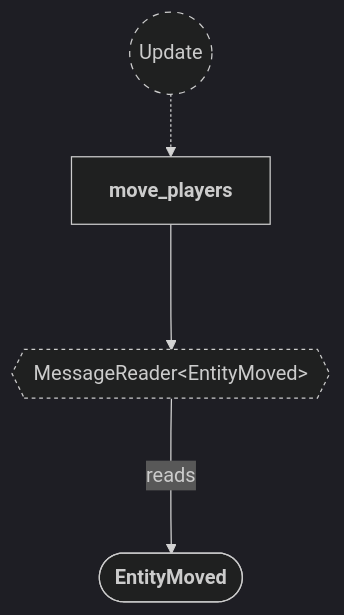
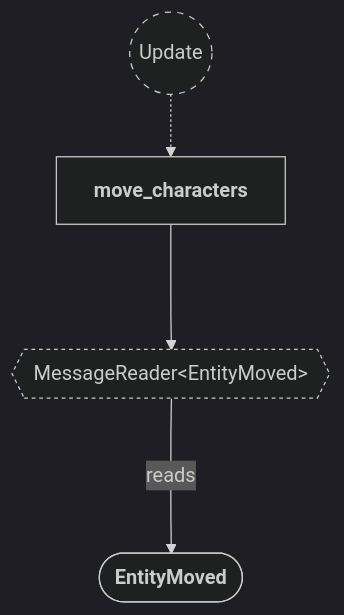
Before and after one commit to neurosoup/tyled: the first of 3 diagrams in backlog/docs/doc-4 - 003-Movements-plugin.md, drawn with Mermaid. The commit also changed other lines of this file and 7 other files, not shown here.

````diff
--- a/backlog/docs/doc-4 - 003-Movements-plugin.md
+++ b/backlog/docs/doc-4 - 003-Movements-plugin.md
@@ -36,22 +36,22 @@
 ```mermaid
 ---
 config:
   theme: dark
 ---
 
 flowchart TD
 classDef system-group stroke-dasharray: 5 5
 classDef reader stroke-dasharray: 3 3
 
 update(("`Update`")):::system-group
-move_players["`**move_players**`"]
+move_characters["`**move_characters**`"]
 
-update -.-> move_players
+update -.-> move_characters
 
 message_reader{{"MessageReader#60;EntityMoved#62;"}}:::reader
-move_players ---> message_reader
+move_characters ---> message_reader
 
 entity_moved_message(["`**EntityMoved**`"])
 
 message_reader ---> |reads| entity_moved_message
 ```
````
